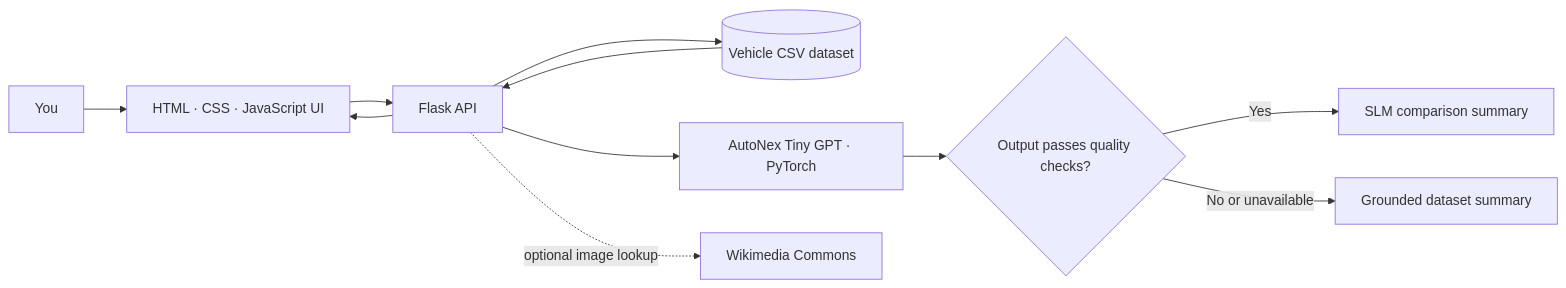
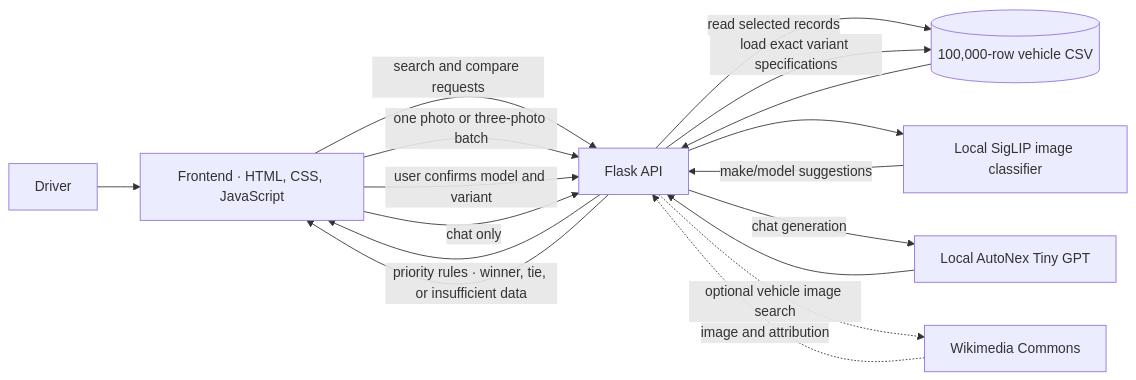
Before and after one commit to MD123KHAN/DL-Project-: the first of 3 diagrams in README.md, drawn with Mermaid. The commit also changed other lines of this file and 8 other files, not shown here.

Commit message:
Update AutoNex architecture and comparison flow

````diff
--- a/README.md
+++ b/README.md
@@ -120,13 +123,19 @@
 ```mermaid
 flowchart LR
-    U[You] --> UI[HTML · CSS · JavaScript UI]
-    UI --> API[Flask API]
-    API --> DB[(Vehicle CSV dataset)]
-    API --> GPT[AutoNex Tiny GPT · PyTorch]
-    GPT --> Q{Output passes quality checks?}
-    Q -- Yes --> S[SLM comparison summary]
-    Q -- No or unavailable --> F[Grounded dataset summary]
-    DB --> API
-    API --> UI
-    API -. optional image lookup .-> WC[Wikimedia Commons]
+    Driver[Driver] --> Browser[Frontend · HTML, CSS, JavaScript]
+    Browser -->|search and compare requests| Flask[Flask API]
+    Flask -->|read selected records| Cars[(100,000-row vehicle CSV)]
+    Cars --> Flask
+    Flask -->|priority rules · winner, tie, or insufficient data| Browser
+    Browser -->|one photo or three-photo batch| Flask
+    Flask --> SigLIP[Local SigLIP image classifier]
+    SigLIP -->|make/model suggestions| Flask
+    Flask --> Browser
+    Browser -->|user confirms model and variant| Flask
+    Flask -->|load exact variant specifications| Cars
+    Browser -->|chat only| Flask
+    Flask -->|chat generation| TinyGPT[Local AutoNex Tiny GPT]
+    TinyGPT --> Flask
+    Flask -. optional vehicle image search .-> Commons[Wikimedia Commons]
+    Commons -. image and attribution .-> Flask
 ```
````
